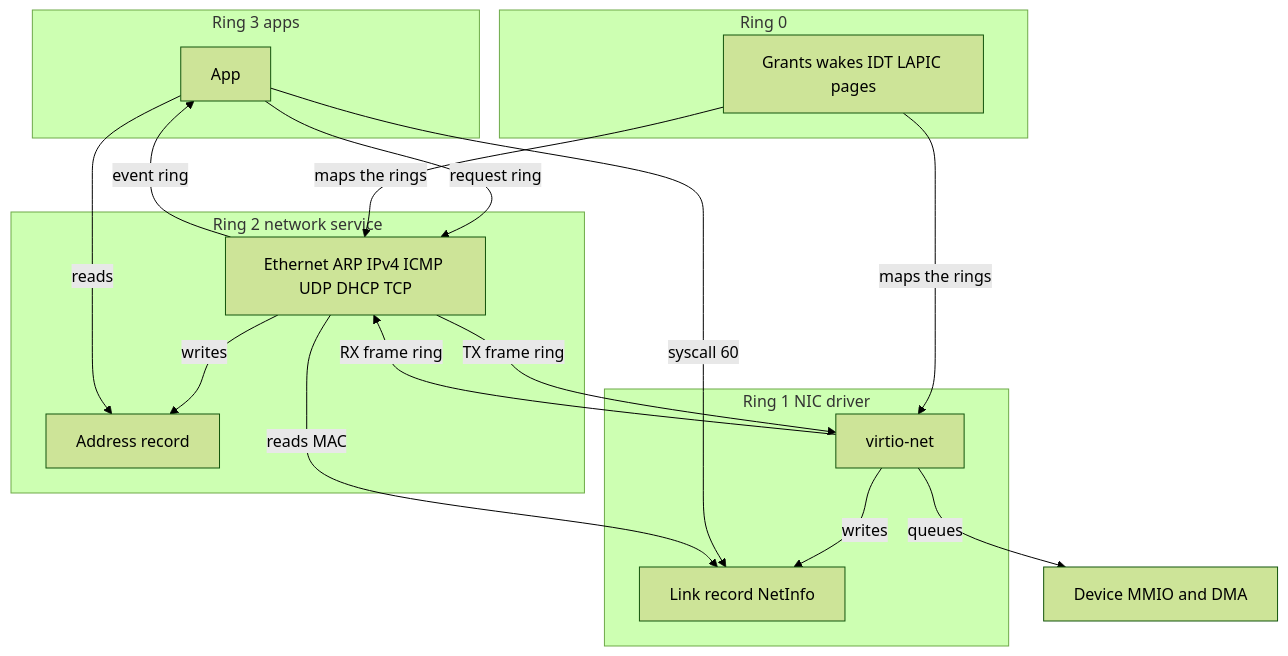
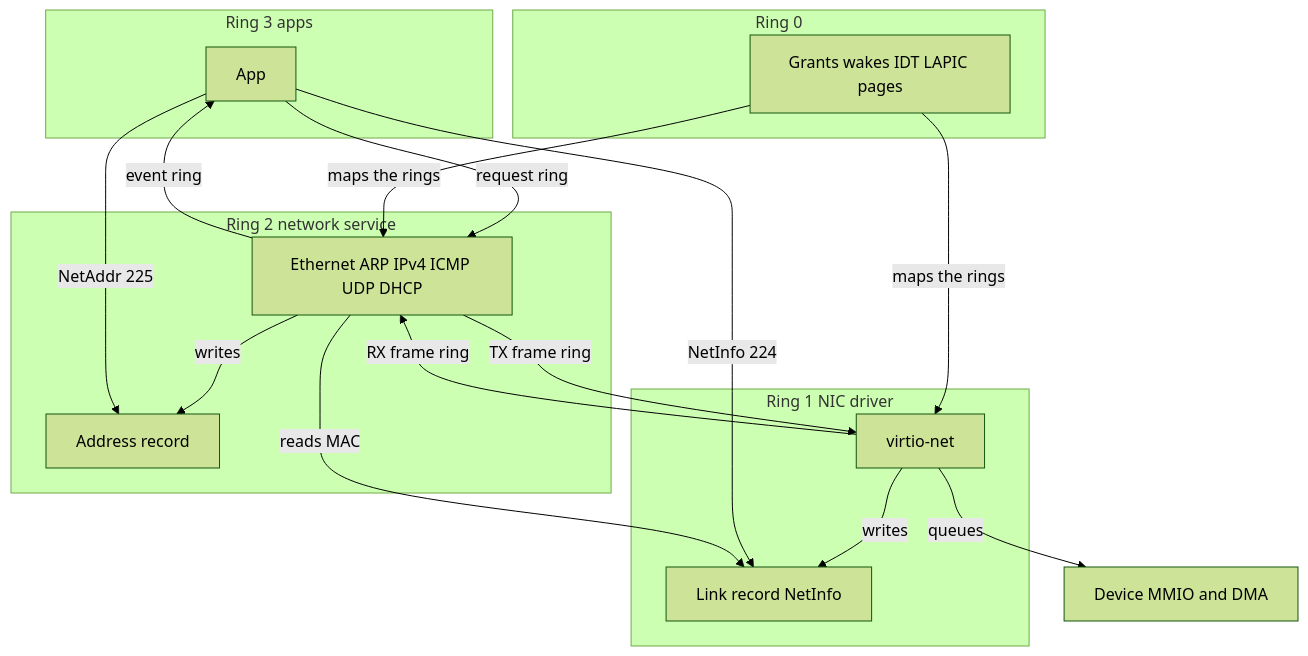
Before and after one commit to ritz-lang/rz: the first of 9 diagrams in projects/harland/docs/RING2_NET.md, drawn with Mermaid (forest theme). The commit also changed other lines of this file and 2 other files, not shown here.

````diff
--- a/projects/harland/docs/RING2_NET.md
+++ b/projects/harland/docs/RING2_NET.md
@@ -36,31 +38,31 @@
 ```mermaid
 flowchart TB
   subgraph r3 [Ring 3 apps]
     app[App]
   end
   subgraph r2 [Ring 2 network service]
-    svc[Ethernet ARP IPv4 ICMP UDP DHCP TCP]
+    svc[Ethernet ARP IPv4 ICMP UDP DHCP]
     addr[Address record]
   end
   subgraph r1 [Ring 1 NIC driver]
     nic[virtio-net]
     link[Link record NetInfo]
   end
   subgraph r0 [Ring 0]
     kern[Grants wakes IDT LAPIC pages]
   end
   dev[Device MMIO and DMA]
 
   app -->|request ring| svc
   svc -->|event ring| app
   svc -->|writes| addr
-  app -->|reads| addr
+  app -->|NetAddr 225| addr
   svc -->|TX frame ring| nic
   nic -->|RX frame ring| svc
   nic -->|writes| link
-  app -->|syscall 60| link
+  app -->|NetInfo 224| link
   svc -->|reads MAC| link
   kern -->|maps the rings| svc
   kern -->|maps the rings| nic
   nic -->|queues| dev
 ```
````
